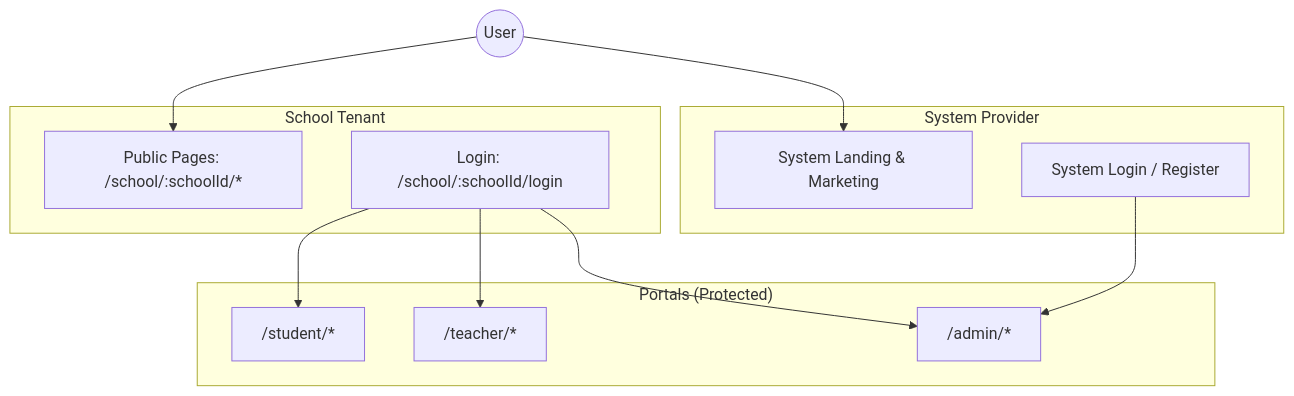
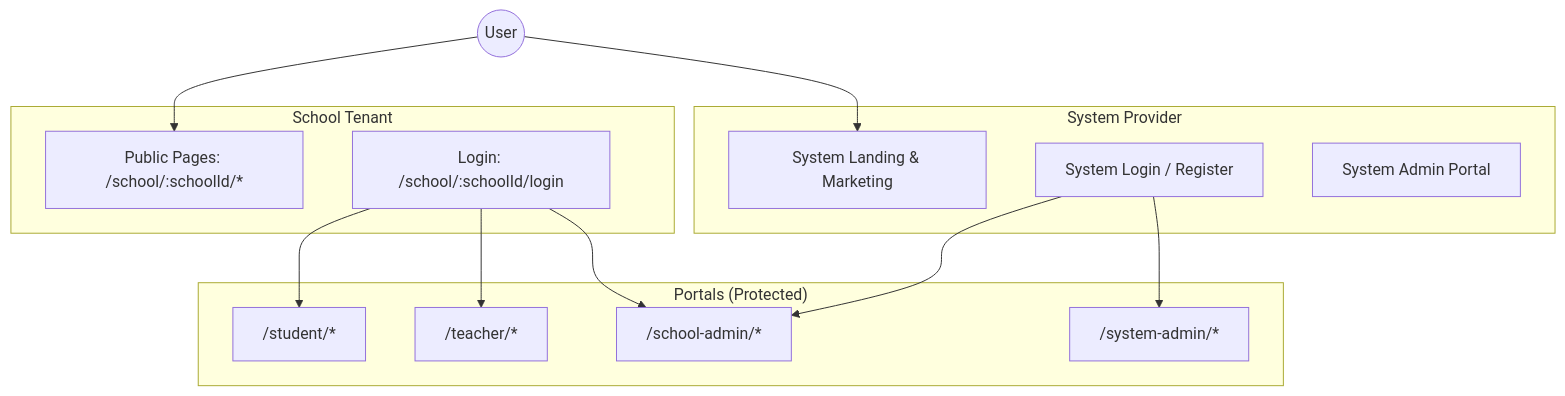
The first of 7 diagrams in docs/architecture/workflow-architecture.md (Software-House-Publishing/school-management), drawn with Mermaid before and after one commit. The commit also changed other lines of this file and 3 other files, not shown here.

````diff
--- a/docs/architecture/workflow-architecture.md
+++ b/docs/architecture/workflow-architecture.md
@@ -13,25 +13,28 @@
 ```mermaid
 graph TD
   subgraph "System Provider"
     SP_Web["System Landing & Marketing"]
     SP_Auth["System Login / Register"]
+    SP_Admin["System Admin Portal"]
   end
 
   subgraph "School Tenant"
     School_X["Public Pages: /school/:schoolId/*"]
     School_Login["Login: /school/:schoolId/login"]
   end
 
   subgraph "Portals (Protected)"
     P_Student["/student/*"]
     P_Teacher["/teacher/*"]
-    P_Admin["/admin/*"]
+    P_SchoolAdmin["/school-admin/*"]
+    P_SystemAdmin["/system-admin/*"]
   end
 
   User((User)) --> SP_Web
   User --> School_X
-  SP_Auth --> P_Admin
+  SP_Auth --> P_SystemAdmin
+  SP_Auth --> P_SchoolAdmin
   School_Login --> P_Student
   School_Login --> P_Teacher
-  School_Login --> P_Admin
+  School_Login --> P_SchoolAdmin
 ```
````
